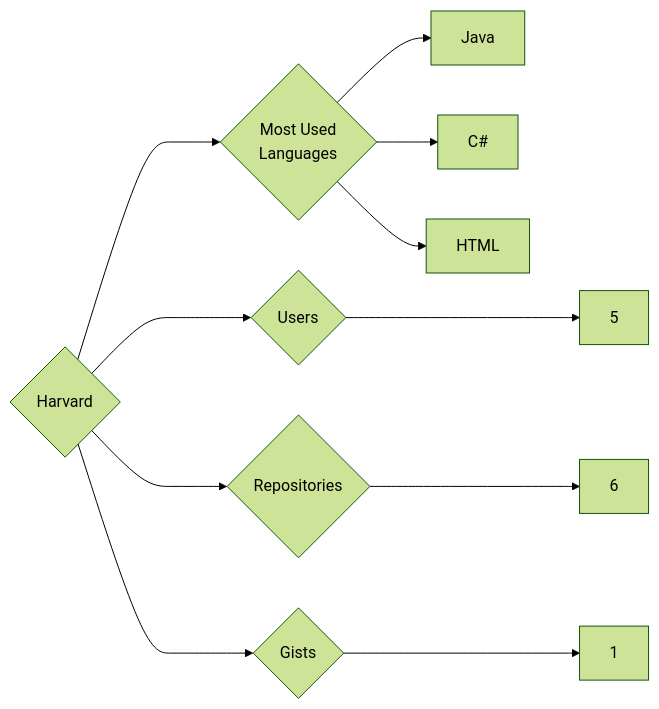
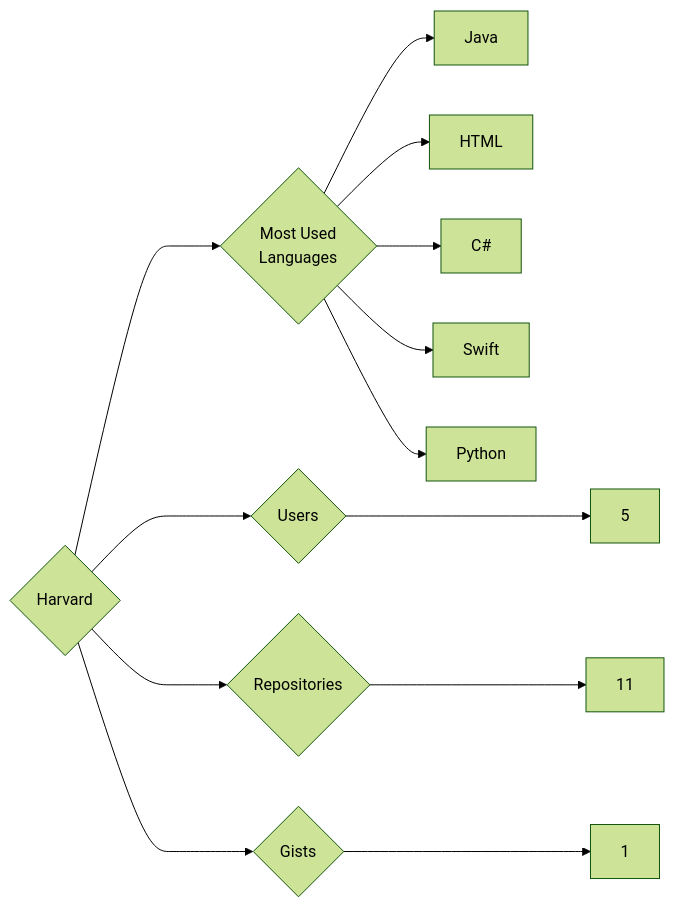
Before and after one commit to trickest/insiders: the diagram in targets/Harvard/README.md, drawn with Mermaid (forest theme). The commit also changed 1007 other files, not shown here.

````diff
--- a/targets/Harvard/README.md
+++ b/targets/Harvard/README.md
@@ -3,11 +3,13 @@
 ```mermaid
 graph LR
 COMPANY_NAME{Harvard}
 COMPANY_NAME ---> U{Users} ---> UN[5]
-COMPANY_NAME ---> R{Repositories} ---> RN[6]
+COMPANY_NAME ---> R{Repositories} ---> RN[11]
 COMPANY_NAME ---> G{Gists} ---> GN[1]
 COMPANY_NAME ---> ML{Most Used<br>Languages}
 ML --> Java[Java]
+ML --> HTML[HTML]
 ML --> C#[C#]
-ML --> HTML[HTML]
+ML --> Swift[Swift]
+ML --> Python[Python]
 ```
````
